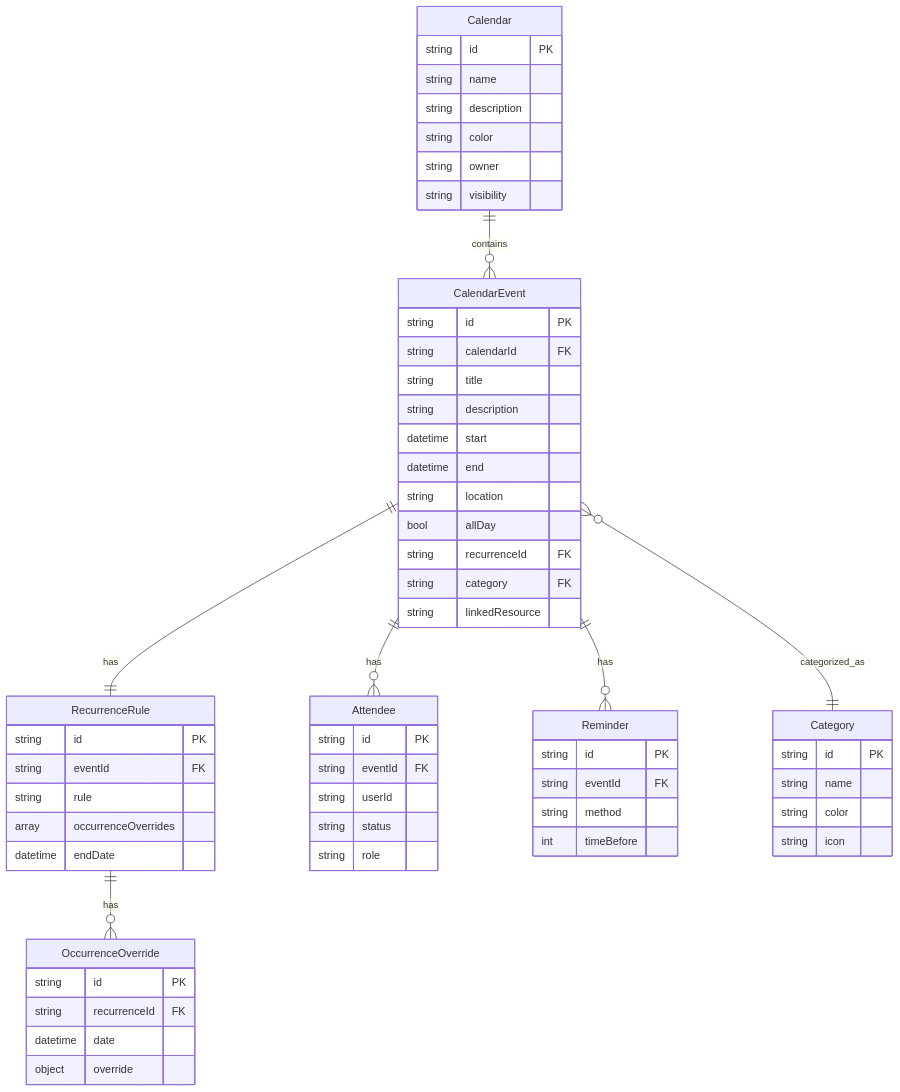
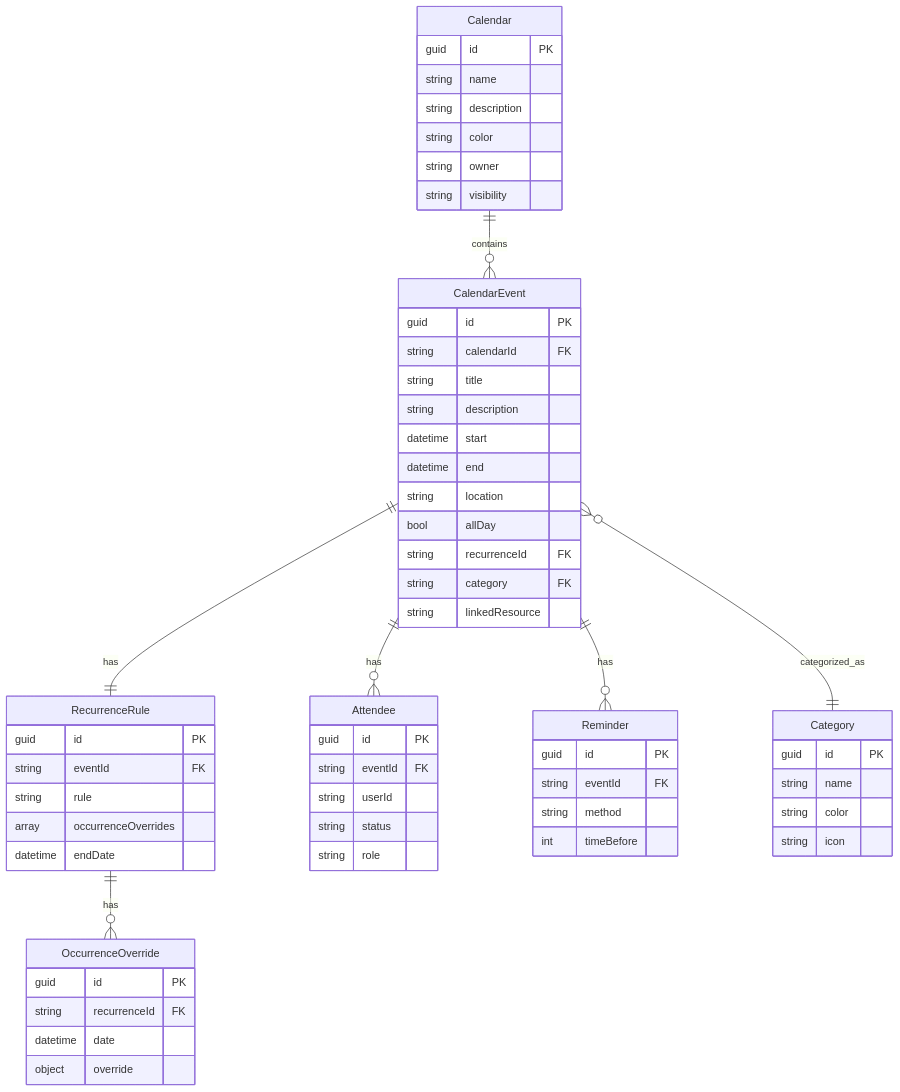
The diagram in docsify/docs/Calendar/2-CalendarResources.md (HomeRealm/HomeRealm.Calendar), drawn with Mermaid before and after one commit. The commit also changed other lines of this file, not shown here.

Commit message:
swapped ids to be guid

````diff
--- a/docsify/docs/Calendar/2-CalendarResources.md
+++ b/docsify/docs/Calendar/2-CalendarResources.md
@@ -19,63 +19,63 @@
 ```mermaid
 erDiagram
     Calendar ||--o{ CalendarEvent : contains
     CalendarEvent ||--|| RecurrenceRule : has
     RecurrenceRule ||--o{ OccurrenceOverride : has
     CalendarEvent ||--o{ Attendee : has
     CalendarEvent ||--o{ Reminder : has
     CalendarEvent }o--|| Category : categorized_as
 
     Calendar {
-      string id PK
+      guid id PK
       string name
       string description
       string color
       string owner
       string visibility
     }
     CalendarEvent {
-      string id PK
+      guid id PK
       string calendarId FK
       string title
       string description
       datetime start
       datetime end
       string location
       bool allDay
       string recurrenceId FK
       string category FK
       string linkedResource
     }
     RecurrenceRule {
-      string id PK
+      guid id PK
       string eventId FK
       string rule
       array occurrenceOverrides
       datetime endDate
     }
     OccurrenceOverride {
-      string id PK
+      guid id PK
       string recurrenceId FK
       datetime date
       object override
     }
     Attendee {
-      string id PK
+      guid id PK
       string eventId FK
       string userId
       string status
       string role
     }
     Reminder {
-      string id PK
+      guid id PK
       string eventId FK
       string method
       int timeBefore
     }
     Category {
-      string id PK
+      guid id PK
       string name
       string color
       string icon
     }
 ```
````
